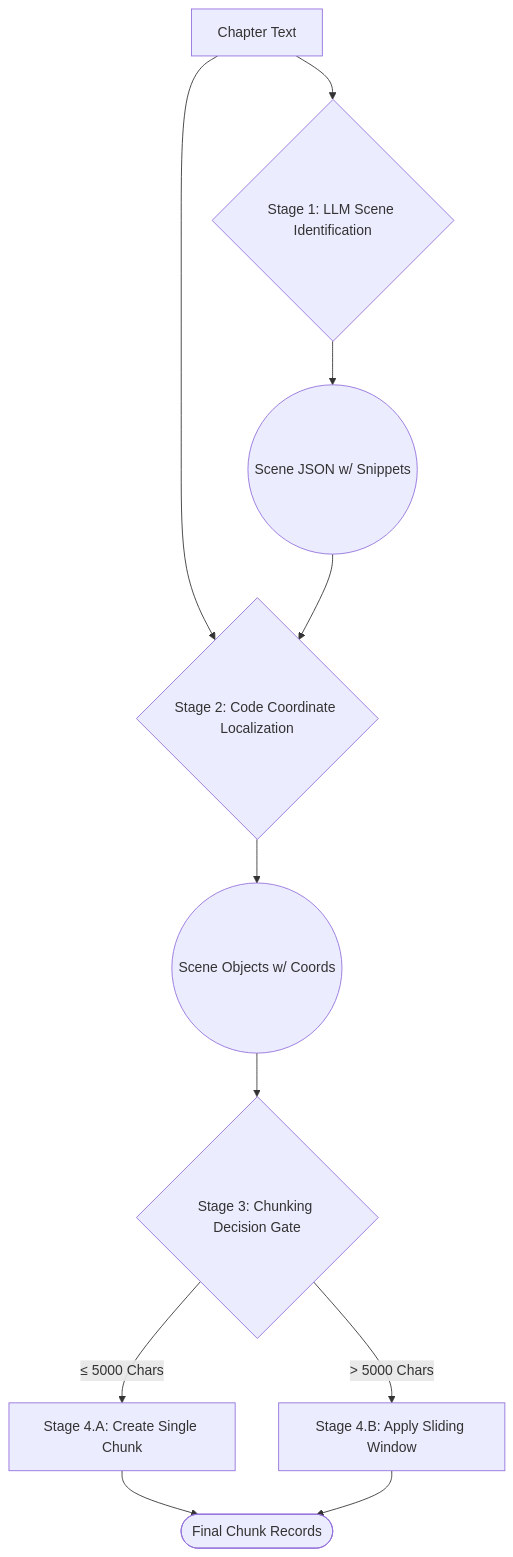
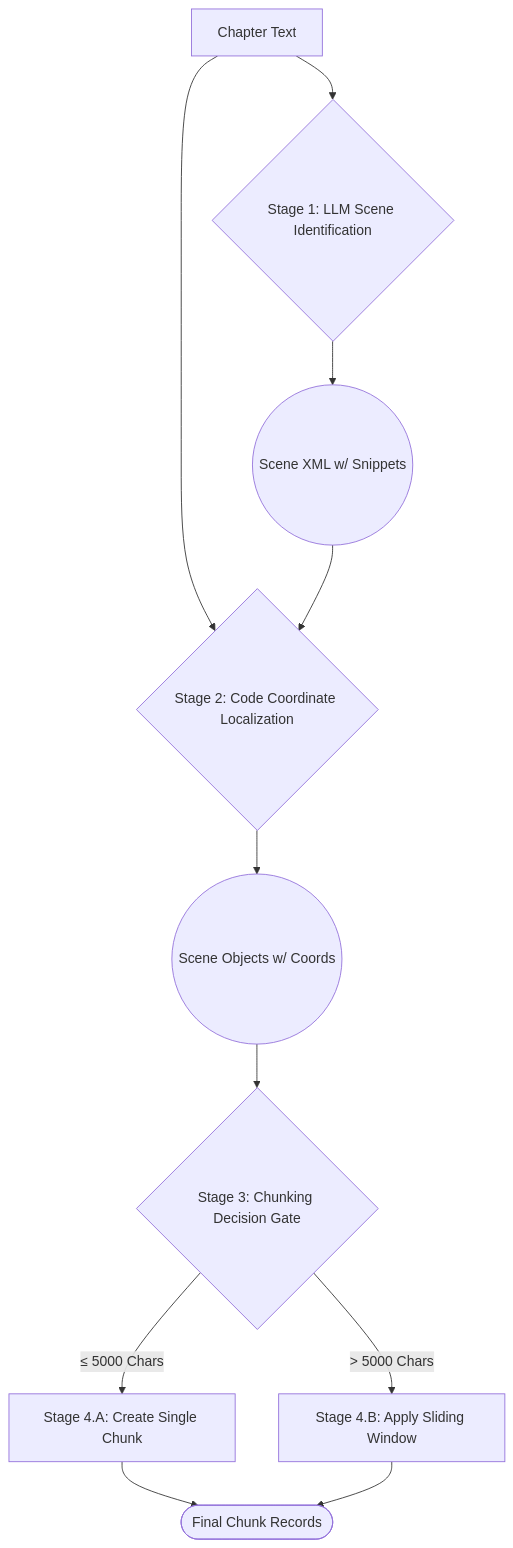
The diagram in docs/specs/text-chunking-specification.md (chaixdev/lorevault-kb), drawn with Mermaid before and after one commit. The commit also changed other lines of this file and 33 other files, not shown here.

````diff
--- a/docs/specs/text-chunking-specification.md
+++ b/docs/specs/text-chunking-specification.md
@@ -63,13 +58,13 @@
 ```mermaid
 graph TD
     A[Chapter Text] --> B{Stage 1: LLM Scene Identification};
-    B --> C((Scene JSON w/ Snippets));
+    B --> C((Scene XML w/ Snippets));
     A --> D{Stage 2: Code Coordinate Localization};
     C --> D;
     D --> E((Scene Objects w/ Coords));
     E --> F{Stage 3: Chunking Decision Gate};
     F -->|≤ 5000 Chars| G[Stage 4.A: Create Single Chunk];
     F -->|> 5000 Chars| H[Stage 4.B: Apply Sliding Window];
     G --> I([Final Chunk Records]);
     H --> I;
 ```
````
